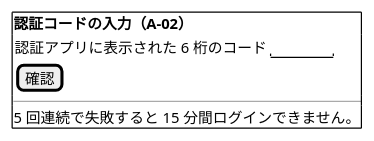
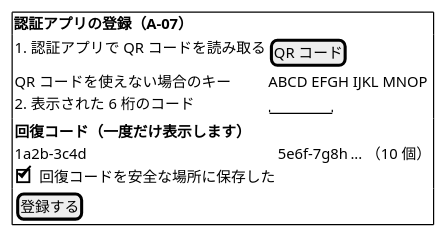
Before and after one commit to k2works/practical-domain-driven-design-in-enterpris-application: the ninth of 21 diagrams in docs/design/cargo-tracker/ui_design.md, drawn with PlantUML. The commit also changed other lines of this file and 25 other files, not shown here.

````diff
--- a/docs/design/cargo-tracker/ui_design.md
+++ b/docs/design/cargo-tracker/ui_design.md
@@ -290,13 +416,18 @@
 ```plantuml
 @startsalt
 {+
-  <b>認証コードの入力（A-02）
+  <b>認証アプリの登録（A-07）
   {
-    認証アプリに表示された 6 桁のコード | "      "
-    [ 確認 ]
+    1. 認証アプリで QR コードを読み取る | [QR コード]
+    QR コードを使えない場合のキー | ABCD EFGH IJKL MNOP
+    2. 表示された 6 桁のコード | "      "
   }
-  ---
-  5 回連続で失敗すると 15 分間ログインできません。
+  {
+    <b>回復コード（一度だけ表示します）
+    1a2b-3c4d | 5e6f-7g8h | ... （10 個）
+    [X] 回復コードを安全な場所に保存した
+  }
+  { [ 登録する ] }
 }
 @endsalt
 ```
````
